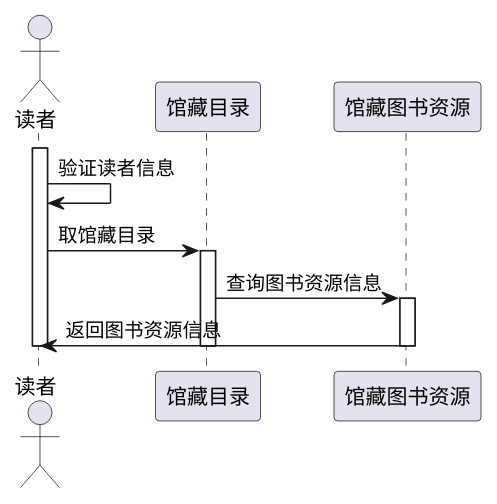
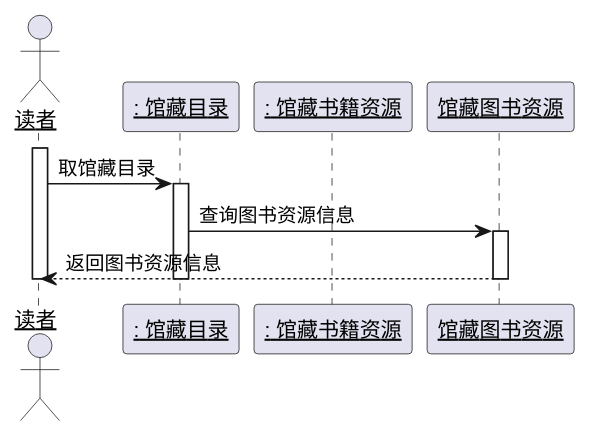
Before and after one commit to 915936476/is_analysis-3: the diagram in test4/查询书目.puml, drawn with PlantUML. The commit also changed 14 other files, not shown here.

```diff
--- a/test4/查询书目.puml
+++ b/test4/查询书目.puml
@@ -1,13 +1,16 @@
 @startuml
 actor 读者
+actor ": 读者" as 读者
+participant ": 馆藏目录" as 馆藏目录
+participant ": 馆藏书籍资源" as 馆藏书籍资源
+skinparam sequenceParticipant underline
 activate 读者
-读者->读者:验证读者信息
 读者->馆藏目录:取馆藏目录
 activate 馆藏目录
 馆藏目录->馆藏图书资源:查询图书资源信息
 activate 馆藏图书资源
-馆藏图书资源->读者:返回图书资源信息
+馆藏图书资源-->读者:返回图书资源信息
 deactivate 馆藏图书资源
 deactivate 馆藏目录
 deactivate 读者
 @enduml
```
